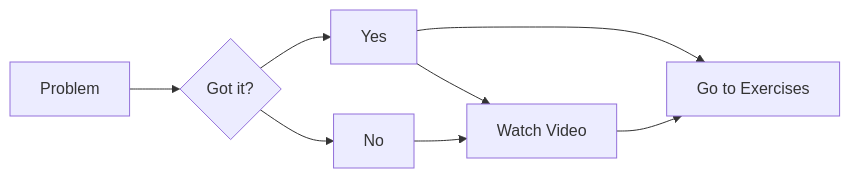
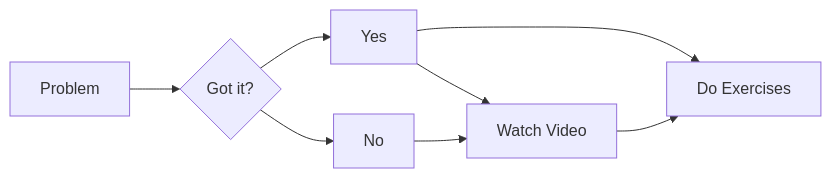
One commit to ahdar1/numbook changed the diagram in index.qmd. Above: the diagram before and after it, drawn with Mermaid. The commit also changed other lines of this file and 23 other files, not shown here.

````diff
--- a/index.qmd
+++ b/index.qmd
@@ -19,10 +20,10 @@
 ```{mermaid}
 flowchart LR
   A[Problem] --> B{Got it?}
   B --> D[Yes]
   D --> G[Watch Video]
   D --> F[Go to Exercises]
   B --> E[No]
   E --> G[Watch Video]
-  G --> F[Go to Exercises]
+  G --> F[Do Exercises]
 ```
````
